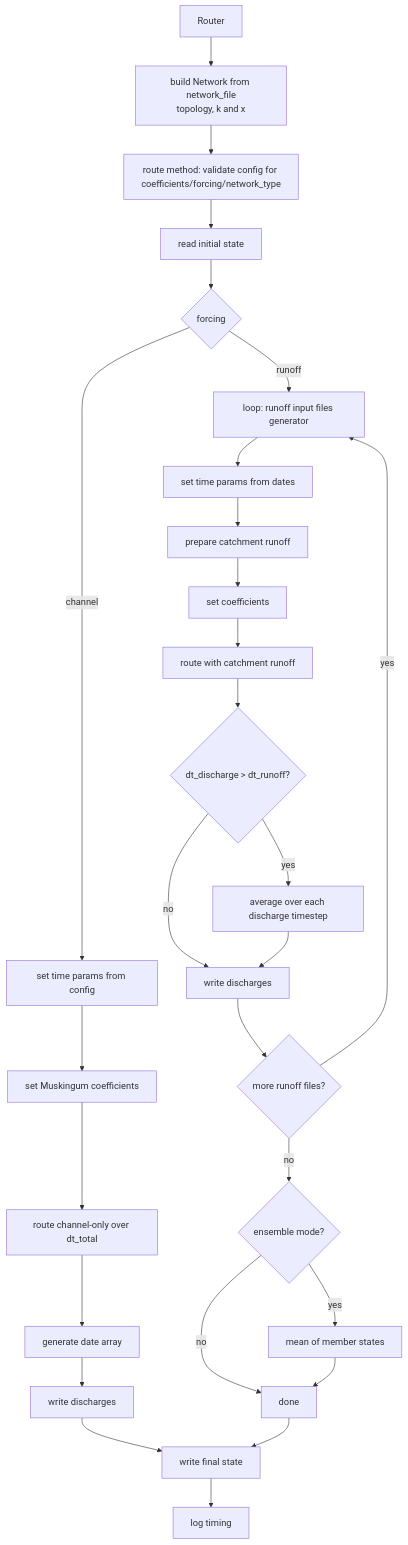
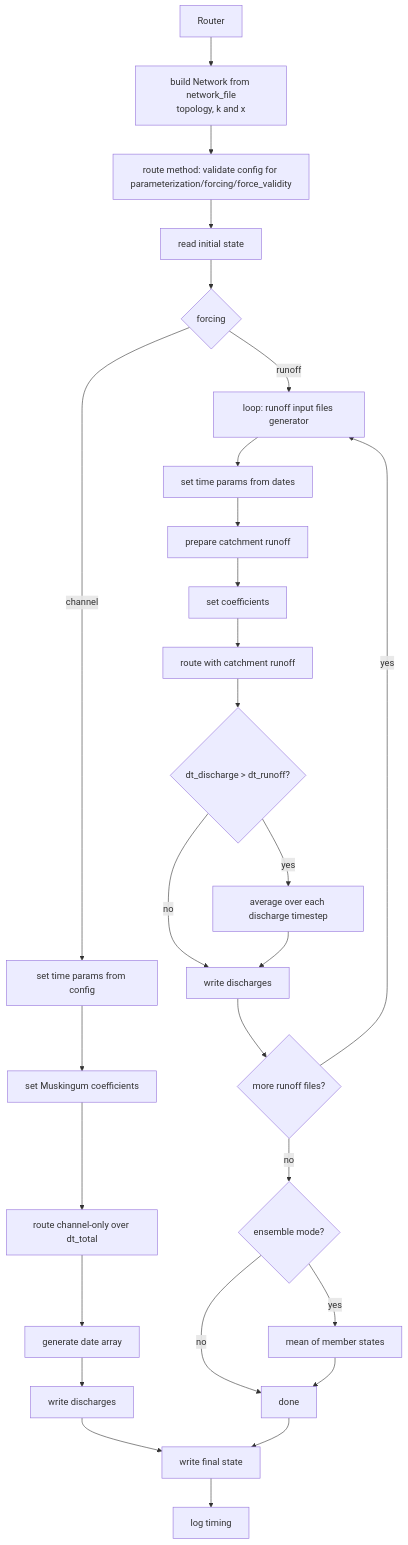
Before and after one commit to rileyhales/river-route: the diagram in docs/tutorial/advanced.md, drawn with Mermaid. The commit also changed other lines of this file and 22 other files, not shown here.

Commit message:
rename stability to validity and move dynamic parameters to parameterization option

````diff
--- a/docs/tutorial/advanced.md
+++ b/docs/tutorial/advanced.md
@@ -3,33 +3,33 @@
 ```mermaid
 graph TD
     A[Router] --> C[build Network from network_file<br/>topology, k and x]
-    C --> B[route method: validate config for coefficients/forcing/network_type]
+    C --> B[route method: validate config for parameterization/forcing/force_validity]
     B --> D[read initial state]
     D --> E{forcing}
 
     E -->|channel| F[set time params from config]
     F --> G[set Muskingum coefficients]
     G --> H[route channel-only over dt_total]
     H --> I[generate date array]
     I --> J[write discharges]
 
     E -->|runoff| K[loop: runoff input files generator]
     K --> L[set time params from dates]
     L --> M[prepare catchment runoff]
     M --> N[set coefficients]
     N --> O[route with catchment runoff]
     O --> P{dt_discharge > dt_runoff?}
     P -->|yes| Q[average over each discharge timestep]
     P -->|no| R[write discharges]
     Q --> R
     R --> S{more runoff files?}
     S -->|yes| K
     S -->|no| T{ensemble mode?}
     T -->|yes| U[mean of member states]
     T -->|no| V[done]
     U --> V
 
     J --> W[write final state]
     V --> W
     W --> X[log timing]
 ```
````
